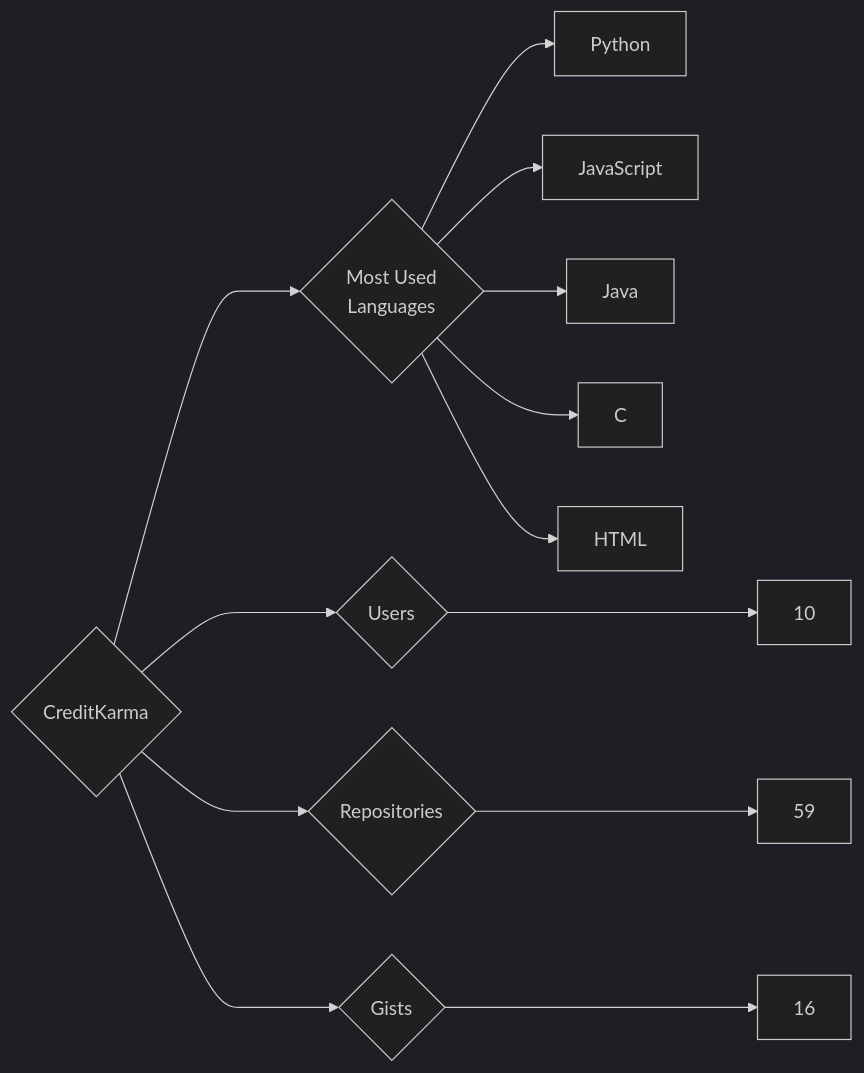
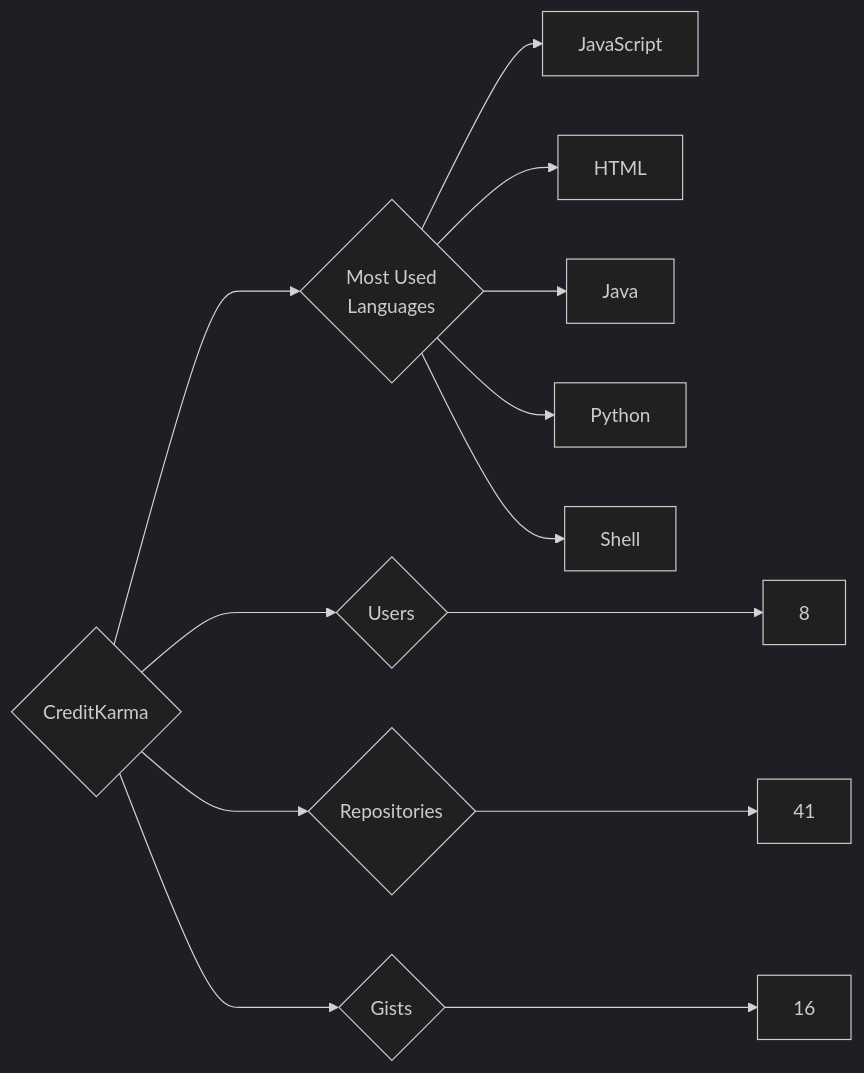
The diagram in targets/CreditKarma/README.md (trickest/insiders), drawn with Mermaid (dark theme) before and after one commit. The commit also changed 1167 other files, not shown here.

````diff
--- a/targets/CreditKarma/README.md
+++ b/targets/CreditKarma/README.md
@@ -3,13 +3,13 @@
 ```mermaid
 graph LR
 COMPANY_NAME{CreditKarma}
-COMPANY_NAME ---> U{Users} ---> UN[10]
-COMPANY_NAME ---> R{Repositories} ---> RN[59]
+COMPANY_NAME ---> U{Users} ---> UN[8]
+COMPANY_NAME ---> R{Repositories} ---> RN[41]
 COMPANY_NAME ---> G{Gists} ---> GN[16]
 COMPANY_NAME ---> ML{Most Used<br>Languages}
+ML --> JavaScript[JavaScript]
+ML --> HTML[HTML]
+ML --> Java[Java]
 ML --> Python[Python]
-ML --> JavaScript[JavaScript]
-ML --> Java[Java]
-ML --> C[C]
-ML --> HTML[HTML]
+ML --> Shell[Shell]
 ```
````
